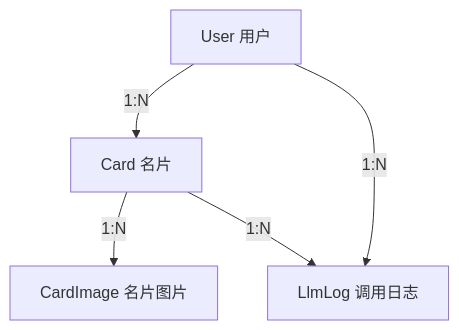
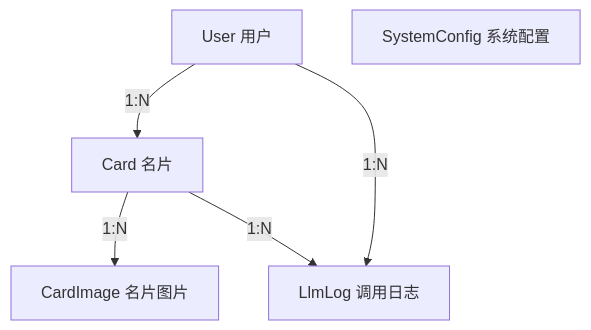
One commit to addicted0010/namecardfolder changed the diagram in Documents/database/database.md. Above: the diagram before and after it, drawn with Mermaid. The commit also changed other lines of this file and 25 other files, not shown here.

````diff
--- a/Documents/database/database.md
+++ b/Documents/database/database.md
@@ -11,7 +11,8 @@
 ```mermaid
 graph TB
     User[User 用户] -->|1:N| Card[Card 名片]
     User -->|1:N| LlmLog[LlmLog 调用日志]
     Card -->|1:N| CardImage[CardImage 名片图片]
     Card -->|1:N| LlmLog
+    SystemConfig[SystemConfig 系统配置]
 ```
````
